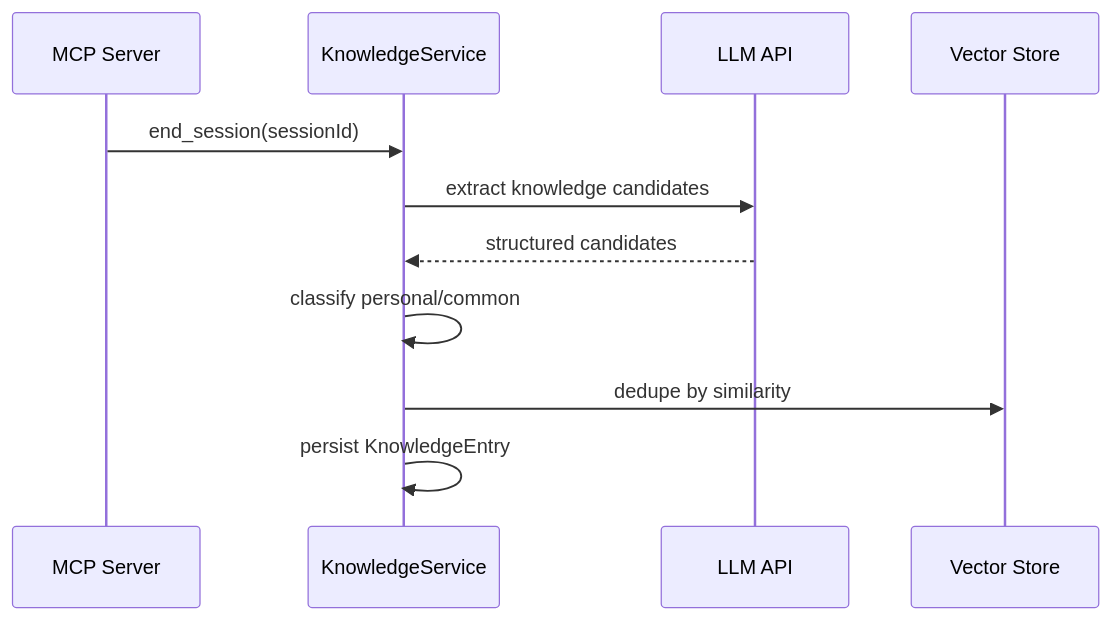
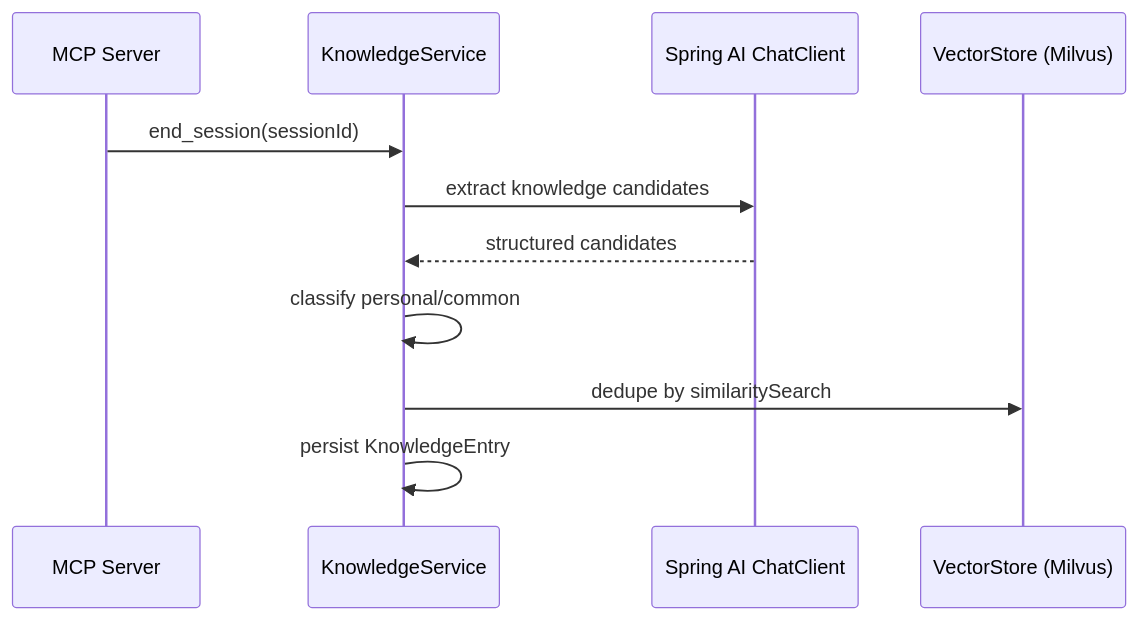
One commit to wangguoxi0814/AI-X changed the second of 2 diagrams in docs/requirements.md. Above: the diagram before and after it, drawn with Mermaid. The commit also changed other lines of this file and 2 other files, not shown here.

````diff
--- a/docs/requirements.md
+++ b/docs/requirements.md
@@ -391,14 +476,14 @@
 ```mermaid
 sequenceDiagram
     participant MCP as MCP Server
     participant Svc as KnowledgeService
-    participant LLM as LLM API
-    participant Vec as Vector Store
+    participant RAG as Spring AI ChatClient
+    participant Vec as VectorStore (Milvus)
 
     MCP->>Svc: end_session(sessionId)
-    Svc->>LLM: extract knowledge candidates
-    LLM-->>Svc: structured candidates
+    Svc->>RAG: extract knowledge candidates
+    RAG-->>Svc: structured candidates
     Svc->>Svc: classify personal/common
-    Svc->>Vec: dedupe by similarity
+    Svc->>Vec: dedupe by similaritySearch
     Svc->>Svc: persist KnowledgeEntry
 ```
````
